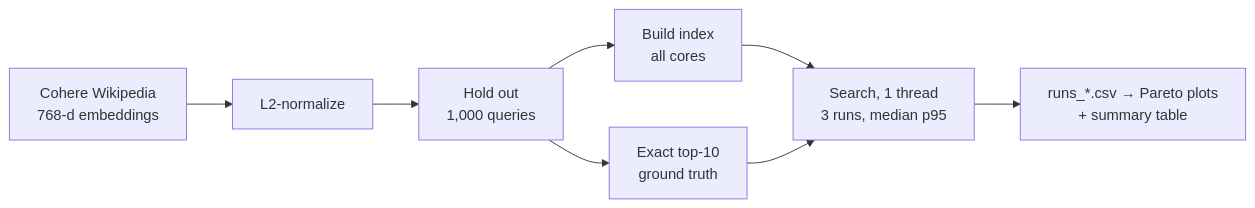
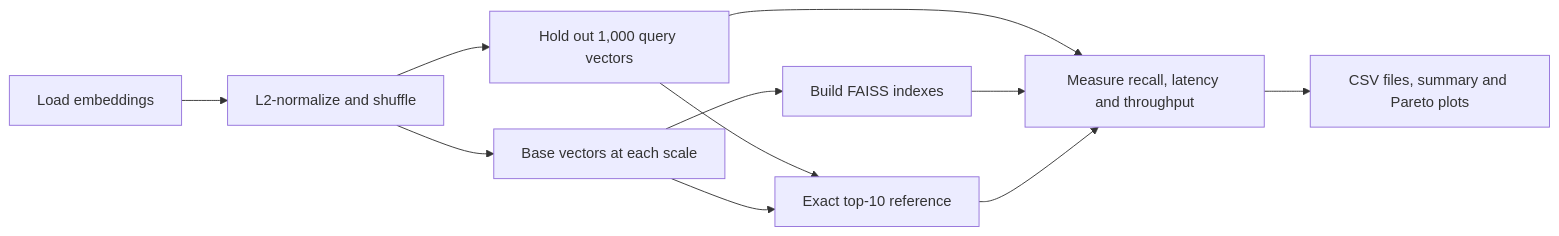
The diagram in README.md (Sankew/vector-search-at-scale), drawn with Mermaid before and after one commit. The commit also changed other lines of this file, not shown here.

````diff
--- a/README.md
+++ b/README.md
@@ -11,8 +19,13 @@
 ```mermaid
 flowchart LR
-    D[Cohere Wikipedia<br/>768-d embeddings] --> N[L2-normalize] --> S[Hold out<br/>1,000 queries]
-    S --> G[Exact top-10<br/>ground truth]
-    S --> B[Build index<br/>all cores]
-    B --> M[Search, 1 thread<br/>3 runs, median p95]
-    G --> M --> R[runs_*.csv → Pareto plots<br/>+ summary table]
+    D[Load embeddings] --> N[L2-normalize and shuffle]
+    N --> Q[Hold out 1,000 query vectors]
+    N --> B[Base vectors at each scale]
+    Q --> G[Exact top-10 reference]
+    B --> G
+    B --> I[Build FAISS indexes]
+    Q --> M[Measure recall, latency and throughput]
+    I --> M
+    G --> M
+    M --> R[CSV files, summary and Pareto plots]
 ```
````
